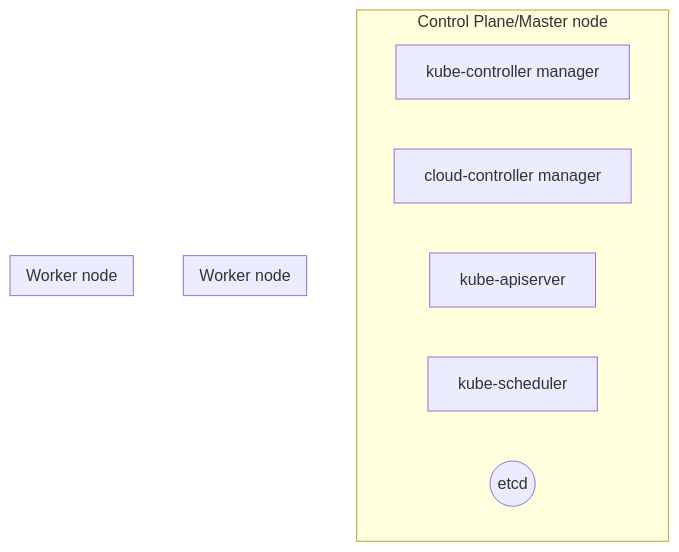
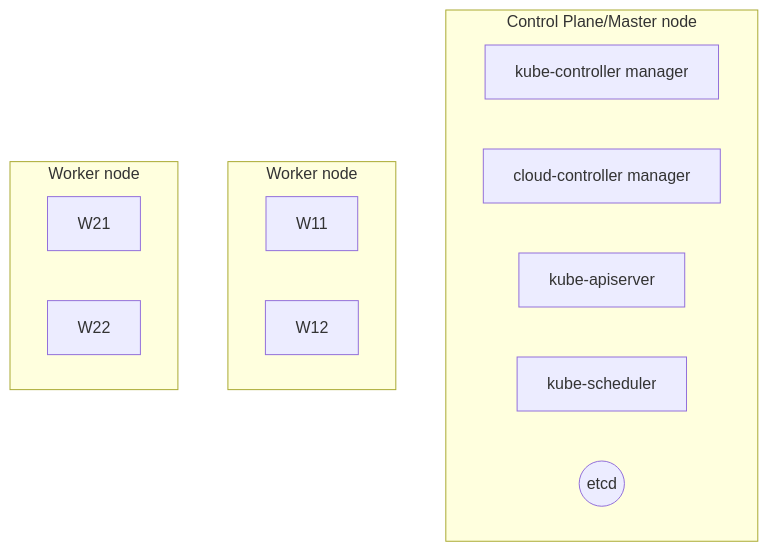
One commit to pratshield/docker-kubernetes changed the diagram in kubernetes/nodes.md. Above: the diagram before and after it, drawn with Mermaid.

````diff
--- a/kubernetes/nodes.md
+++ b/kubernetes/nodes.md
@@ -9,14 +9,18 @@
 ```mermaid
 flowchart TB
   subgraph "Control Plane/Master node"
   A[kube-controller manager]
   B[cloud-controller manager]
   C[kube-apiserver]
   D[kube-scheduler]
   E((etcd))
   end
   subgraph "Worker node"
+  W11
+  W12 
   end
   subgraph "Worker node"
+  W21
+  W22
   end
 ```
````
